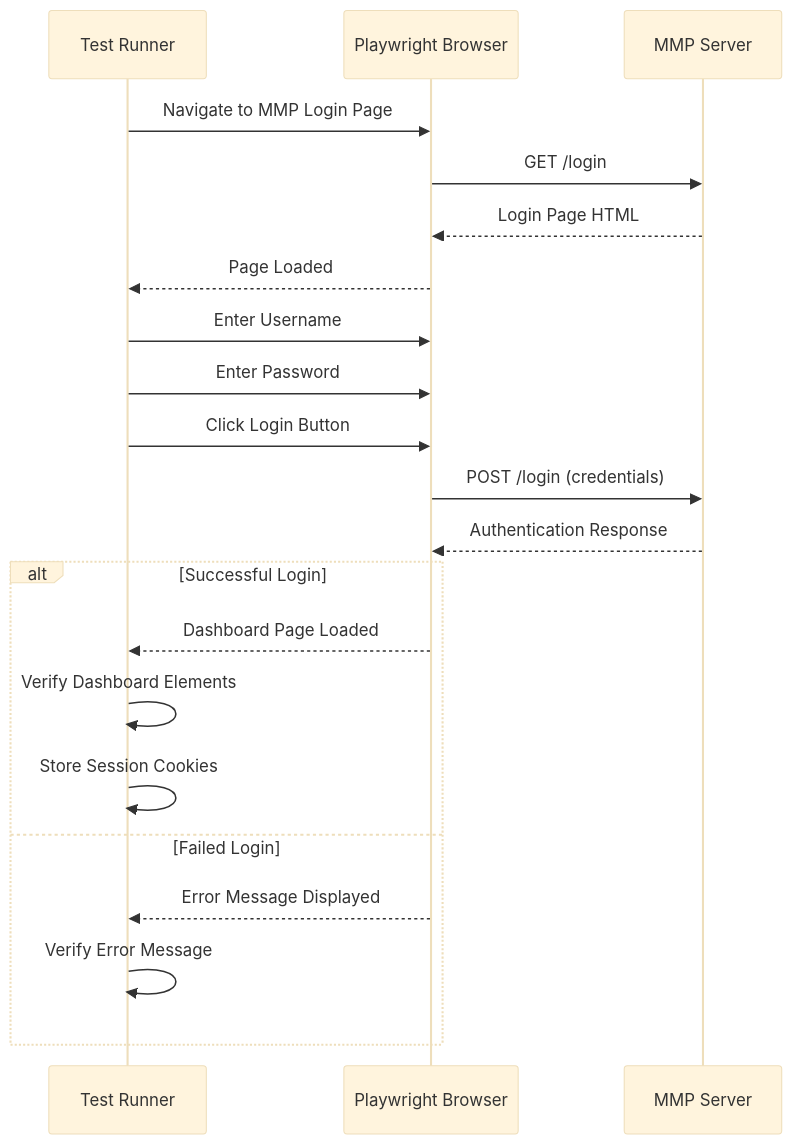
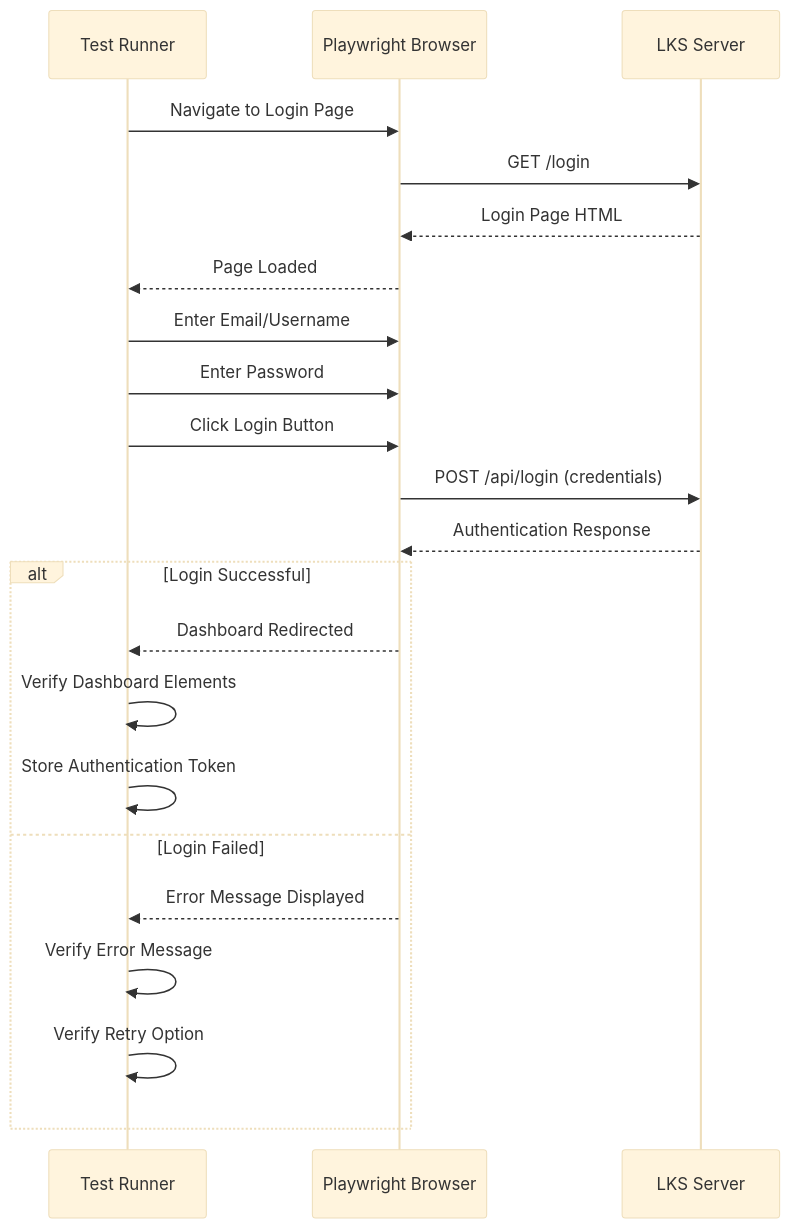
Before and after one commit to rabbiyamehmood/LKS_AXIAN_AUTOMATION: the second of 13 diagrams in FLOW_DIAGRAM.md, drawn with Mermaid (base theme). The commit also changed other lines of this file and 1 other file, not shown here.

Commit message:
Update flow diagrams and README with LKS-specific test flows

````diff
--- a/FLOW_DIAGRAM.md
+++ b/FLOW_DIAGRAM.md
@@ -38,27 +40,28 @@
 ```mermaid
 sequenceDiagram
-    participant T as Test Runner
-    participant P as Playwright Browser
-    participant S as MMP Server
+    participant Test as Test Runner
+    participant Browser as Playwright Browser
+    participant Server as LKS Server
     
-    T->>P: Navigate to MMP Login Page
-    P->>S: GET /login
-    S-->>P: Login Page HTML
-    P-->>T: Page Loaded
+    Test->>Browser: Navigate to Login Page
+    Browser->>Server: GET /login
+    Server-->>Browser: Login Page HTML
+    Browser-->>Test: Page Loaded
     
-    T->>P: Enter Username
-    T->>P: Enter Password
-    T->>P: Click Login Button
+    Test->>Browser: Enter Email/Username
+    Test->>Browser: Enter Password
+    Test->>Browser: Click Login Button
     
-    P->>S: POST /login (credentials)
-    S-->>P: Authentication Response
+    Browser->>Server: POST /api/login (credentials)
+    Server-->>Browser: Authentication Response
     
-    alt Successful Login
-        P-->>T: Dashboard Page Loaded
-        T->>T: Verify Dashboard Elements
-        T->>T: Store Session Cookies
-    else Failed Login
-        P-->>T: Error Message Displayed
-        T->>T: Verify Error Message
+    alt Login Successful
+        Browser-->>Test: Dashboard Redirected
+        Test->>Test: Verify Dashboard Elements
+        Test->>Test: Store Authentication Token
+    else Login Failed
+        Browser-->>Test: Error Message Displayed
+        Test->>Test: Verify Error Message
+        Test->>Test: Verify Retry Option
     end
 ```
````
